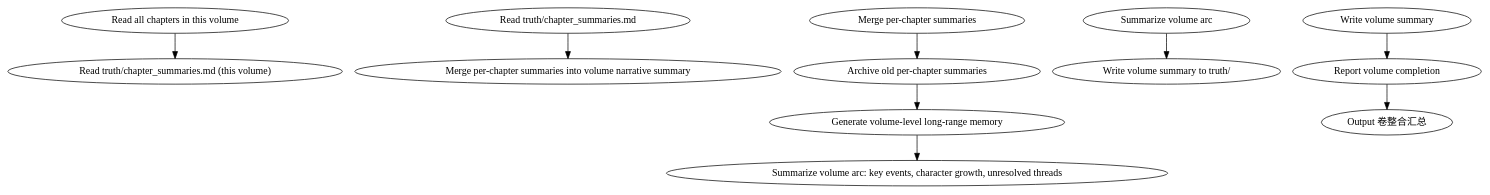
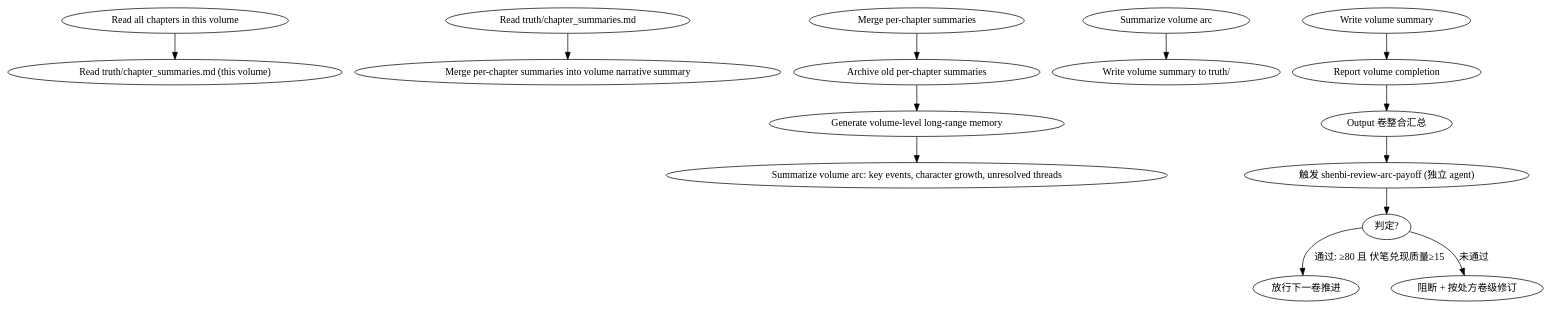
The diagram in skills/shenbi-volume-consolidation/SKILL.md (ThomasChangX/shenbi), drawn with Graphviz before and after one commit. The commit also changed other lines of this file, not shown here.

Commit message:
feat(volume-consolidation): invoke arc-payoff gate at boundary

````diff
--- a/skills/shenbi-volume-consolidation/SKILL.md
+++ b/skills/shenbi-volume-consolidation/SKILL.md
@@ -31,12 +31,16 @@
 ```dot
 digraph volume_consolidation {
     "Read all chapters in this volume" -> "Read truth/chapter_summaries.md (this volume)";
     "Read truth/chapter_summaries.md" -> "Merge per-chapter summaries into volume narrative summary";
     "Merge per-chapter summaries" -> "Archive old per-chapter summaries";
     "Archive old per-chapter summaries" -> "Generate volume-level long-range memory";
     "Generate volume-level long-range memory" -> "Summarize volume arc: key events, character growth, unresolved threads";
     "Summarize volume arc" -> "Write volume summary to truth/";
     "Write volume summary" -> "Report volume completion";
     "Report volume completion" -> "Output 卷整合汇总";
+    "Output 卷整合汇总" -> "触发 shenbi-review-arc-payoff (独立 agent)";
+    "触发 shenbi-review-arc-payoff (独立 agent)" -> "判定?";
+    "判定?" -> "放行下一卷推进" [label="通过: ≥80 且 伏笔兑现质量≥15"];
+    "判定?" -> "阻断 + 按处方卷级修订" [label="未通过"];
 }
 ```
````
